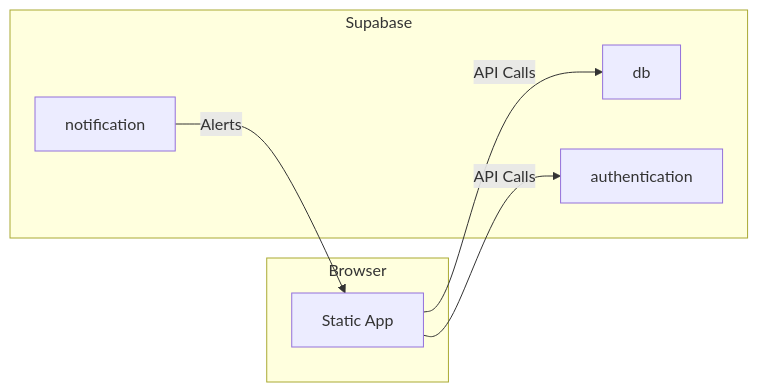
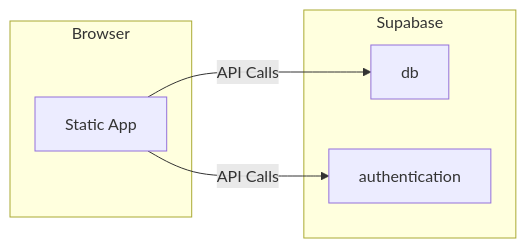
One commit to devops329/devops changed the first of 2 diagrams in instruction/staticDeployment/staticDeployment.md. Above: the diagram before and after it, drawn with Mermaid.

Commit message:
Lee Jensen - update(Static deployment)

````diff
--- a/instruction/staticDeployment/staticDeployment.md
+++ b/instruction/staticDeployment/staticDeployment.md
@@ -46,11 +46,10 @@
 ```mermaid
 graph LR;
     subgraph Browser
     app[Static App]
     end
     subgraph Supabase
     app-->|API Calls|db
     app-->|API Calls|authentication
-    notification-->|Alerts|app
     end
 ```
````
